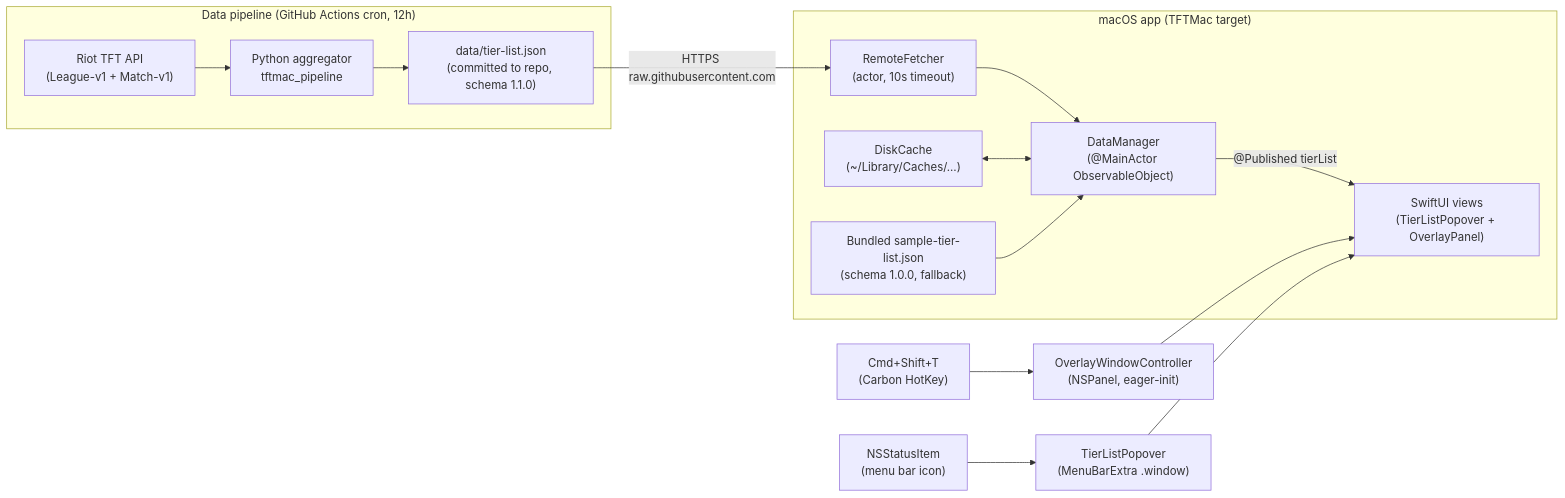
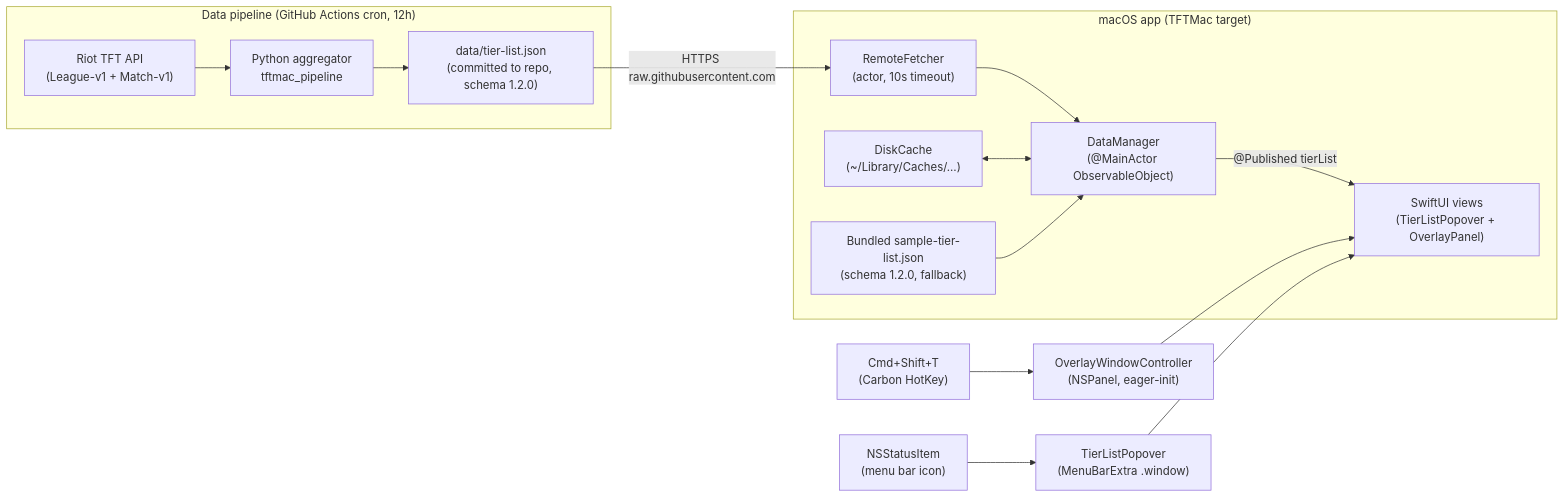
Before and after one commit to psychomafia-tiger/tft-hell-elo-for-macos: the first of 2 diagrams in docs/system-architecture.md, drawn with Mermaid. The commit also changed other lines of this file and 3 other files, not shown here.

````diff
--- a/docs/system-architecture.md
+++ b/docs/system-architecture.md
@@ -15,20 +15,20 @@
 ```mermaid
 flowchart LR
     subgraph pipeline ["Data pipeline (GitHub Actions cron, 12h)"]
         R["Riot TFT API\n(League-v1 + Match-v1)"] --> AG["Python aggregator\ntftmac_pipeline"]
-        AG --> TL["data/tier-list.json\n(committed to repo, schema 1.1.0)"]
+        AG --> TL["data/tier-list.json\n(committed to repo, schema 1.2.0)"]
     end
 
     subgraph app ["macOS app (TFTMac target)"]
         TL -->|"HTTPS raw.githubusercontent.com"| RF["RemoteFetcher\n(actor, 10s timeout)"]
         RF --> DM["DataManager\n(@MainActor ObservableObject)"]
         DC["DiskCache\n(~/Library/Caches/…)"] <--> DM
-        BU["Bundled sample-tier-list.json\n(schema 1.0.0, fallback)"] --> DM
+        BU["Bundled sample-tier-list.json\n(schema 1.2.0, fallback)"] --> DM
         DM -->|"@Published tierList"| UI["SwiftUI views\n(TierListPopover + OverlayPanel)"]
     end
 
     HK["Cmd+Shift+T\n(Carbon HotKey)"] --> OWC["OverlayWindowController\n(NSPanel, eager-init)"]
     OWC --> UI
     MBAR["NSStatusItem\n(menu bar icon)"] --> POP["TierListPopover\n(MenuBarExtra .window)"]
     POP --> UI
 ```
````
